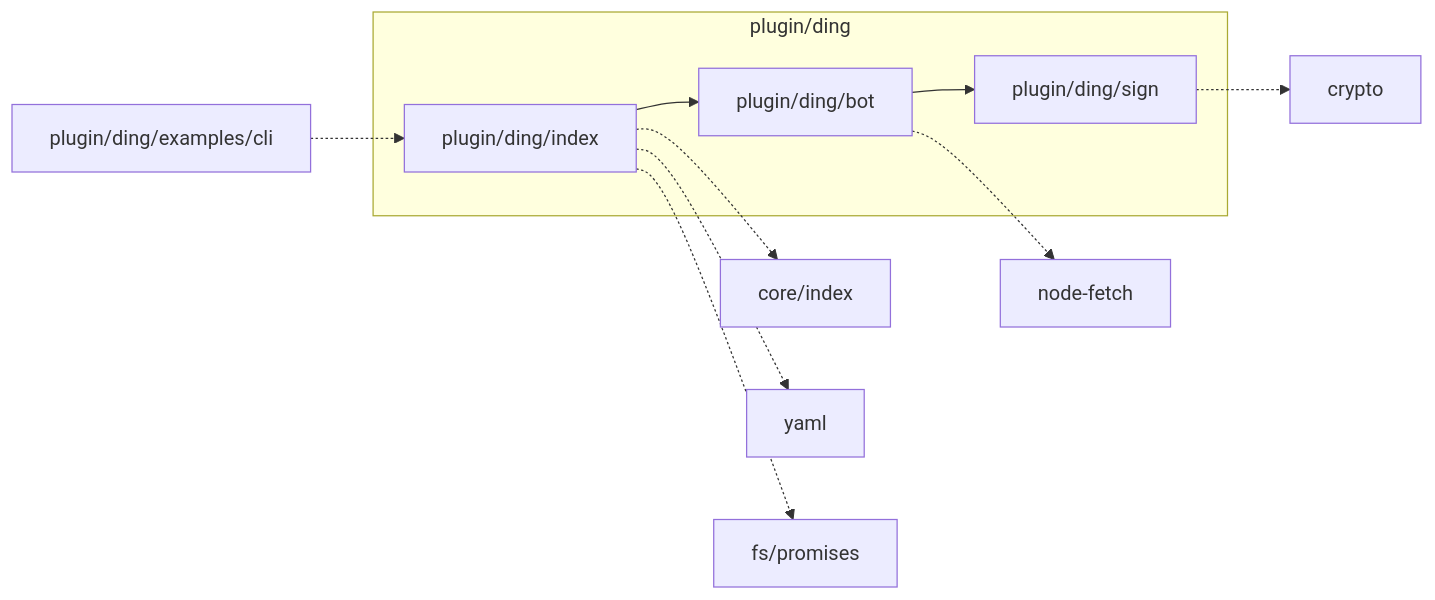
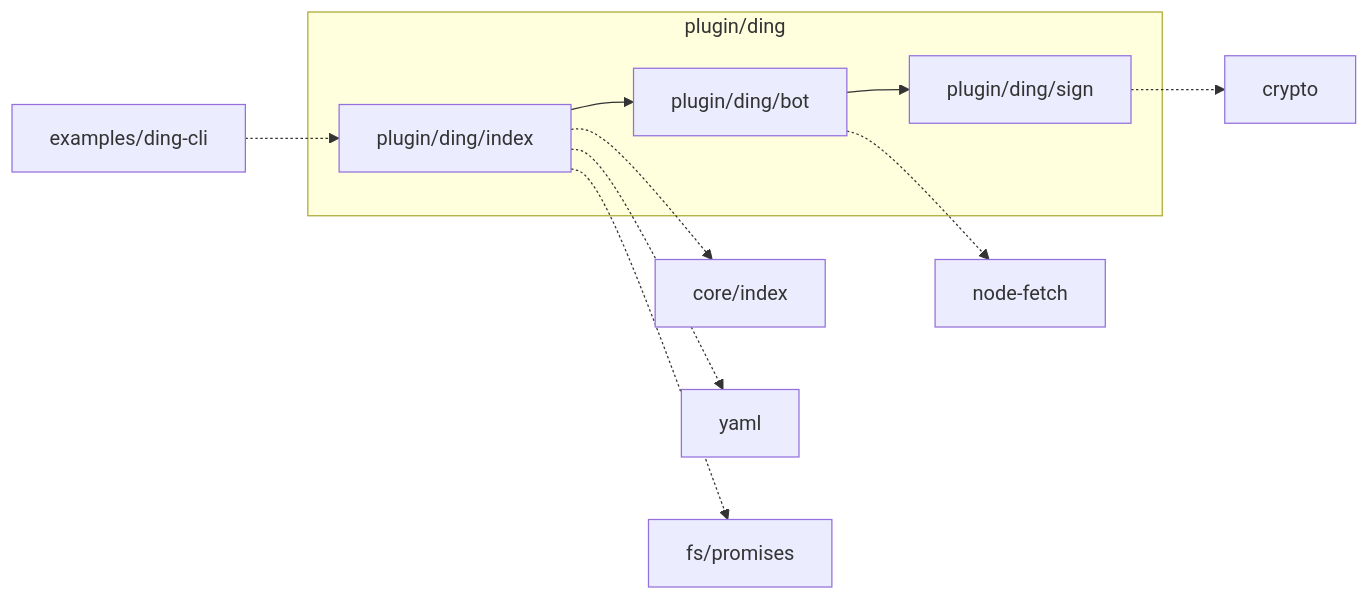
One commit to YDX-2147483647/bulletin-issues-transferred changed the third of 4 diagrams in documentation.md. Above: the diagram before and after it, drawn with Mermaid. The commit also changed other lines of this file and 8 other files, not shown here.

````diff
--- a/documentation.md
+++ b/documentation.md
@@ -111,13 +105,13 @@
 ```mermaid
 flowchart LR
   subgraph plugin/ding
     plugin/ding/index --> plugin/ding/bot
     plugin/ding/bot --> plugin/ding/sign
   end
   plugin/ding/index -.-> core/index
   plugin/ding/index -.-> yaml
   plugin/ding/sign -.-> crypto
   plugin/ding/bot -.-> node-fetch
   plugin/ding/index -.-> fs/promises
-  plugin/ding/examples/cli -.-> plugin/ding/index
+  examples/ding-cli -.-> plugin/ding/index
 ```
````
